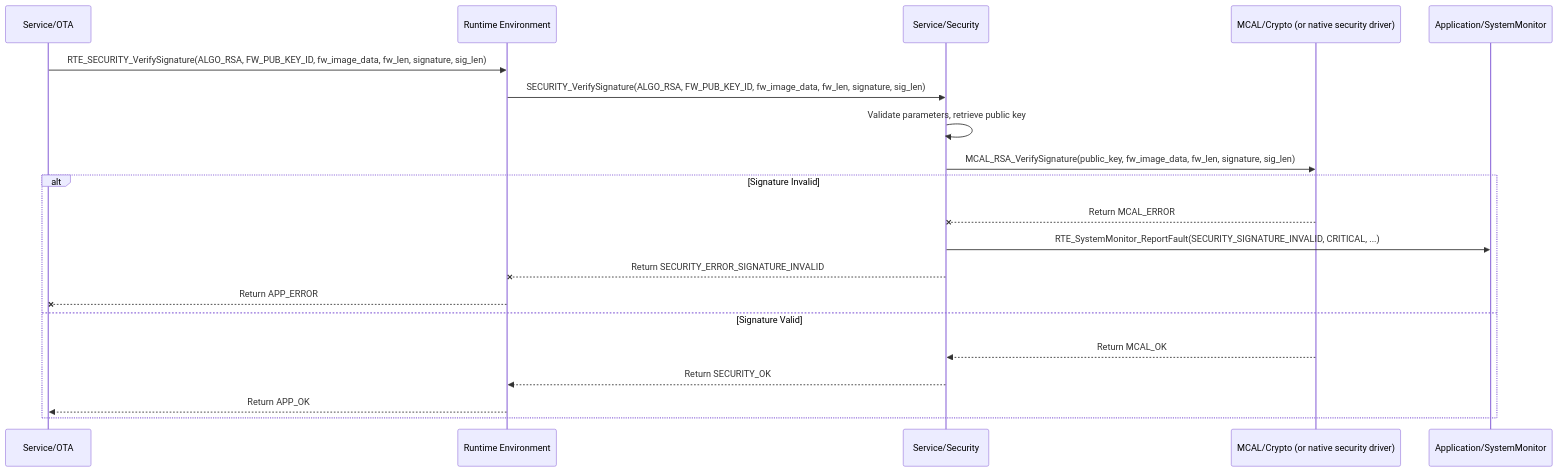
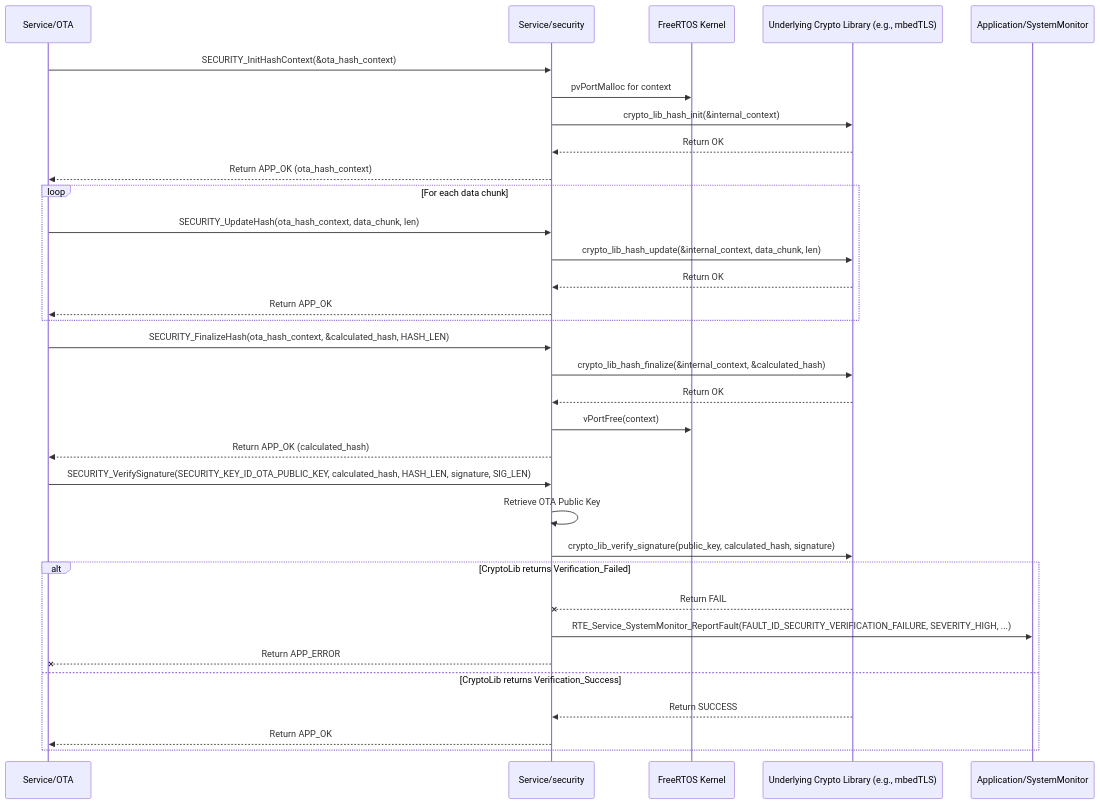
One commit to ashaker-2/Platform changed the diagram in Requiremets/Design/Service/Security.md. Above: the diagram before and after it, drawn with Mermaid. The commit also changed other lines of this file and 26 other files, not shown here.

````diff
--- a/Requiremets/Design/Service/Security.md
+++ b/Requiremets/Design/Service/Security.md
@@ -211,23 +218,39 @@
 ```mermaid
 sequenceDiagram  
     participant OTA as Service/OTA  
-    participant RTE as Runtime Environment  
-    participant Security as Service/Security  
-    participant MCAL_Crypto as MCAL/Crypto (or native security driver)  
+    participant Security as Service/security  
+    participant FreeRTOS as FreeRTOS Kernel  
+    participant CryptoLib as Underlying Crypto Library (e.g., mbedTLS)  
     participant SystemMonitor as Application/SystemMonitor
 
-    OTA->>RTE: RTE_SECURITY_VerifySignature(ALGO_RSA, FW_PUB_KEY_ID, fw_image_data, fw_len, signature, sig_len)  
-    RTE->>Security: SECURITY_VerifySignature(ALGO_RSA, FW_PUB_KEY_ID, fw_image_data, fw_len, signature, sig_len)  
-    Security->>Security: Validate parameters, retrieve public key  
-    Security->>MCAL_Crypto: MCAL_RSA_VerifySignature(public_key, fw_image_data, fw_len, signature, sig_len)  
-    alt Signature Invalid  
-        MCAL_Crypto--xSecurity: Return MCAL_ERROR  
-        Security->>SystemMonitor: RTE_SystemMonitor_ReportFault(SECURITY_SIGNATURE_INVALID, CRITICAL, ...)  
-        Security--xRTE: Return SECURITY_ERROR_SIGNATURE_INVALID  
-        RTE--xOTA: Return APP_ERROR  
-    else Signature Valid  
-        MCAL_Crypto-->>Security: Return MCAL_OK  
-        Security-->>RTE: Return SECURITY_OK  
-        RTE-->>OTA: Return APP_OK  
+    OTA->>Security: SECURITY_InitHashContext(&ota_hash_context)  
+    Security->>FreeRTOS: pvPortMalloc for context  
+    Security->>CryptoLib: crypto_lib_hash_init(&internal_context)  
+    CryptoLib-->>Security: Return OK  
+    Security-->>OTA: Return APP_OK (ota_hash_context)
+
+    loop For each data chunk  
+        OTA->>Security: SECURITY_UpdateHash(ota_hash_context, data_chunk, len)  
+        Security->>CryptoLib: crypto_lib_hash_update(&internal_context, data_chunk, len)  
+        CryptoLib-->>Security: Return OK  
+        Security-->>OTA: Return APP_OK  
+    end
+
+    OTA->>Security: SECURITY_FinalizeHash(ota_hash_context, &calculated_hash, HASH_LEN)  
+    Security->>CryptoLib: crypto_lib_hash_finalize(&internal_context, &calculated_hash)  
+    CryptoLib-->>Security: Return OK  
+    Security->>FreeRTOS: vPortFree(context)  
+    Security-->>OTA: Return APP_OK (calculated_hash)
+
+    OTA->>Security: SECURITY_VerifySignature(SECURITY_KEY_ID_OTA_PUBLIC_KEY, calculated_hash, HASH_LEN, signature, SIG_LEN)  
+    Security->>Security: Retrieve OTA Public Key  
+    Security->>CryptoLib: crypto_lib_verify_signature(public_key, calculated_hash, signature)  
+    alt CryptoLib returns Verification_Failed  
+        CryptoLib--xSecurity: Return FAIL  
+        Security->>SystemMonitor: RTE_Service_SystemMonitor_ReportFault(FAULT_ID_SECURITY_VERIFICATION_FAILURE, SEVERITY_HIGH, ...)  
+        Security--xOTA: Return APP_ERROR  
+    else CryptoLib returns Verification_Success  
+        CryptoLib-->>Security: Return SUCCESS  
+        Security-->>OTA: Return APP_OK  
     end
 ```
````
